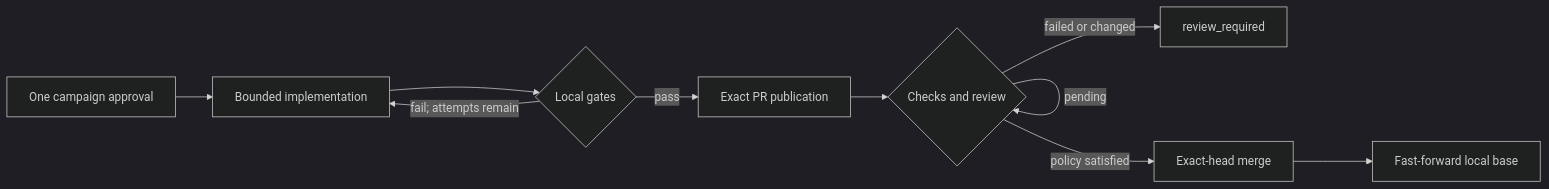
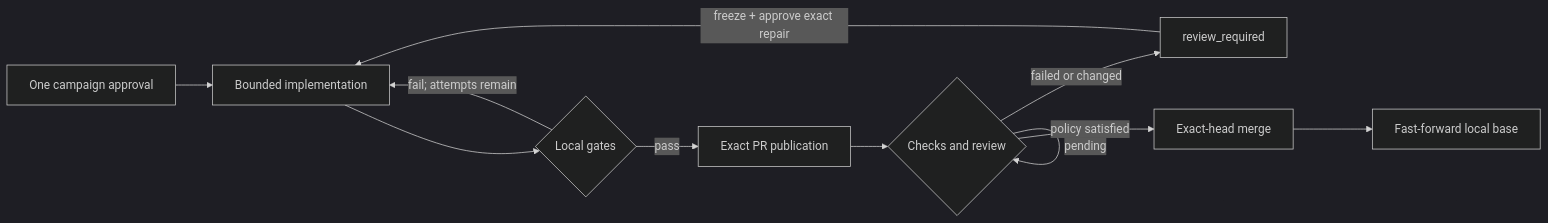
Before and after one commit to 4romgod/vera: the fourth of 4 diagrams in docs/api.md, drawn with Mermaid (dark theme). The commit also changed other lines of this file and 44 other files, not shown here.

````diff
--- a/docs/api.md
+++ b/docs/api.md
@@ -867,12 +871,13 @@
 ```mermaid
 flowchart LR
     A["One campaign approval"] --> I["Bounded implementation"]
     I --> L{"Local gates"}
     L -->|"fail; attempts remain"| I
     L -->|pass| P["Exact PR publication"]
     P --> C{"Checks and review"}
     C -->|pending| C
     C -->|failed or changed| R["review_required"]
+    R -->|freeze + approve exact repair| I
     C -->|policy satisfied| M["Exact-head merge"]
     M --> S["Fast-forward local base"]
 ```
````
